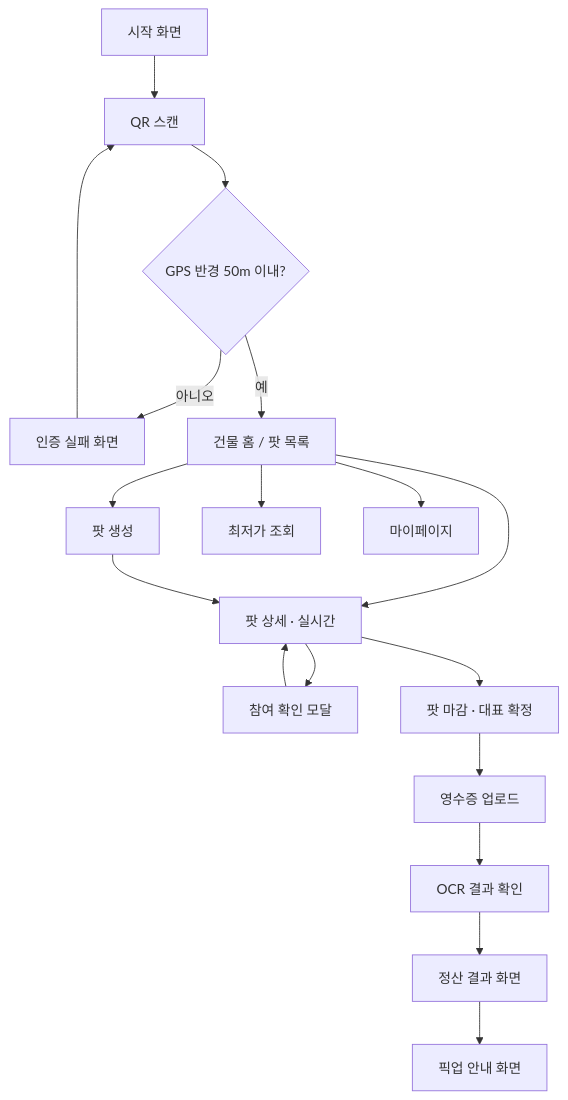
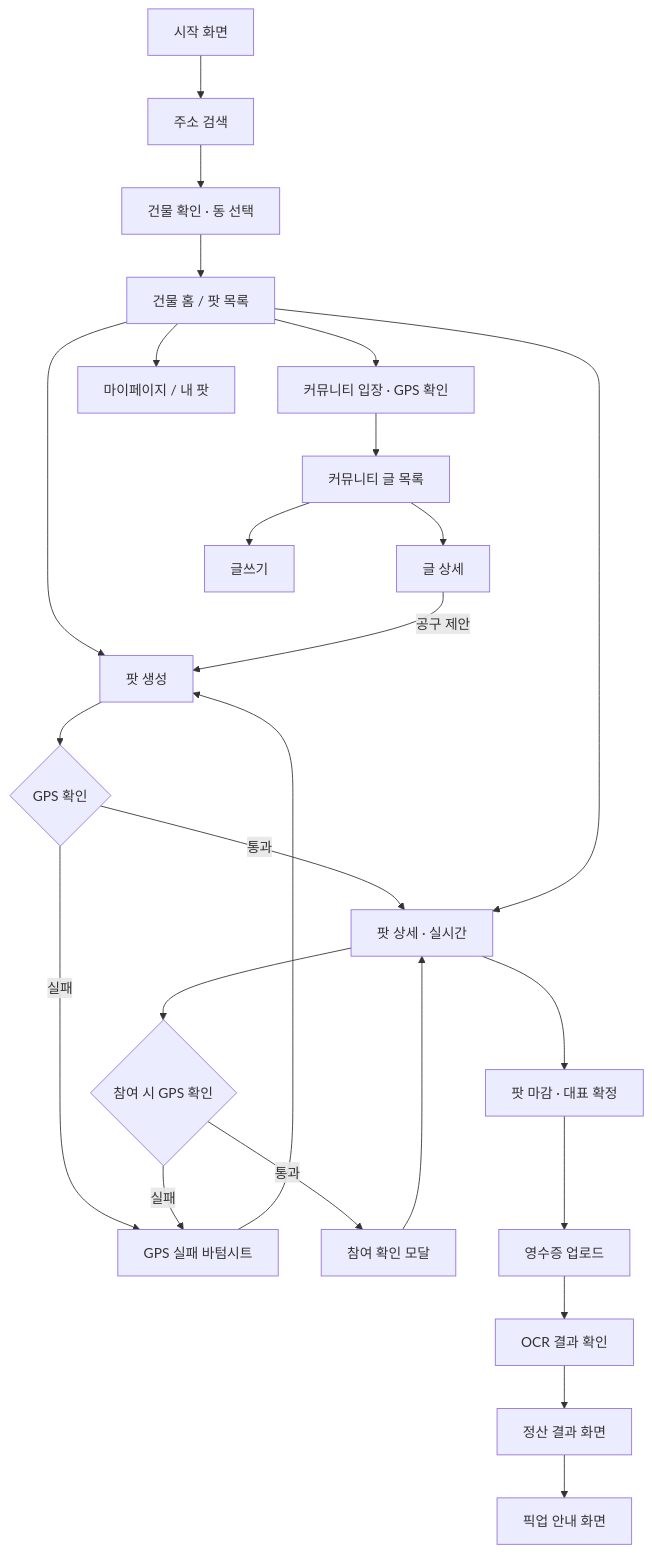
One commit to wldnjs12/sobun-sobun changed the diagram in docs/DESIGN_HANDOFF.md. Above: the diagram before and after it, drawn with Mermaid. The commit also changed other lines of this file and 29 other files, not shown here.

First line of the commit message:
docs: 기획 개편 반영 — 주소+GPS 인증·커뮤니티 신설·최저가 삭제 (문서/설계, 작업분배)

````diff
--- a/docs/DESIGN_HANDOFF.md
+++ b/docs/DESIGN_HANDOFF.md
@@ -13,20 +16,27 @@
 ```mermaid
 flowchart TD
-    A[시작 화면] --> B[QR 스캔]
-    B --> C{GPS 반경 50m 이내?}
-    C -- 아니오 --> D[인증 실패 화면]
-    D --> B
-    C -- 예 --> E[건물 홈 / 팟 목록]
+    A[시작 화면] --> B1[주소 검색]
+    B1 --> B2[건물 확인 · 동 선택]
+    B2 --> E[건물 홈 / 팟 목록]
     E --> F[팟 생성]
-    E --> G[팟 상세 · 실시간]
-    F --> G
-    G --> H[참여 확인 모달]
+    F --> GC1{GPS 확인}
+    GC1 -- 실패 --> GF[GPS 실패 바텀시트]
+    GF --> F
+    GC1 -- 통과 --> G[팟 상세 · 실시간]
+    E --> G
+    G --> GC2{참여 시 GPS 확인}
+    GC2 -- 실패 --> GF
+    GC2 -- 통과 --> H[참여 확인 모달]
     H --> G
     G --> I[팟 마감 · 대표 확정]
     I --> J[영수증 업로드]
     J --> K[OCR 결과 확인]
     K --> L[정산 결과 화면]
     L --> M[픽업 안내 화면]
-    E --> N[최저가 조회]
-    E --> O[마이페이지]
+    E --> P1[커뮤니티 입장 · GPS 확인]
+    P1 --> P2[커뮤니티 글 목록]
+    P2 --> P3[글 상세]
+    P2 --> P4[글쓰기]
+    P3 -- 공구 제안 --> F
+    E --> O[마이페이지 / 내 팟]
 ```
````
